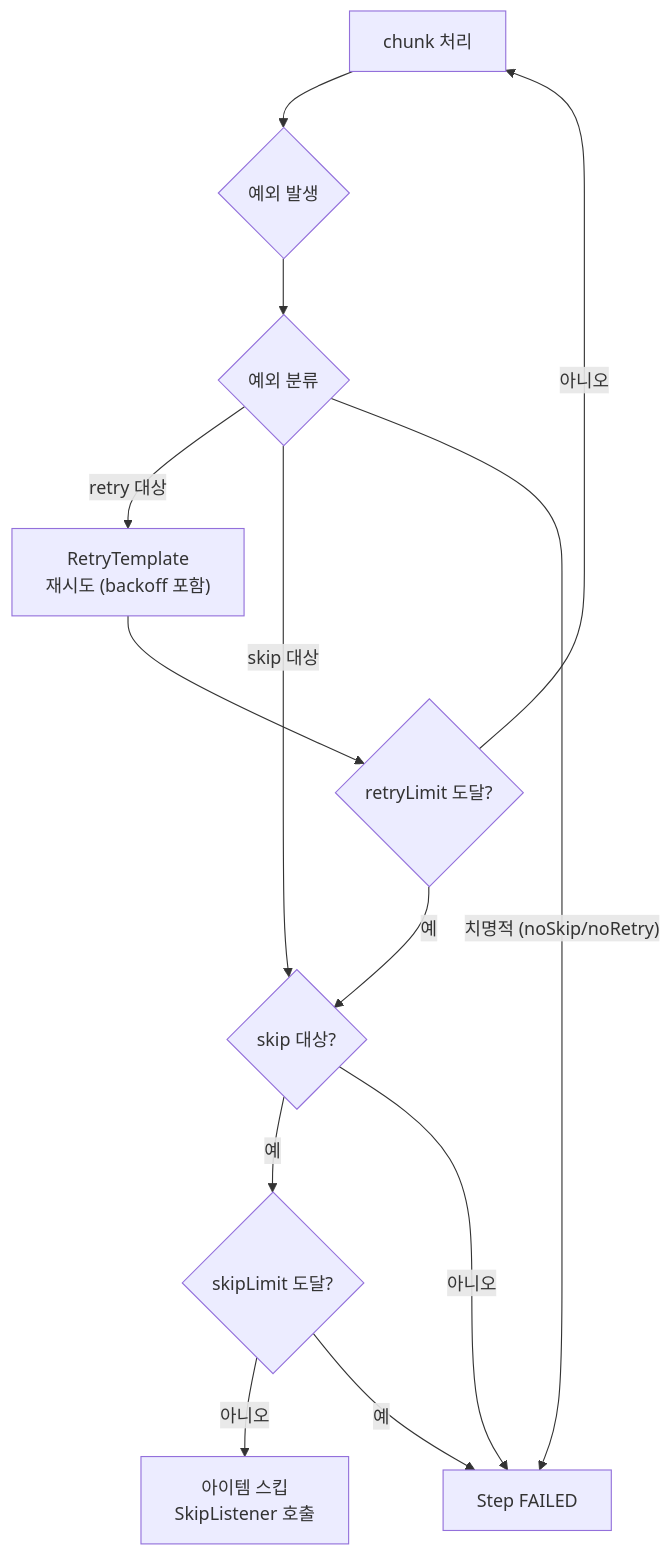
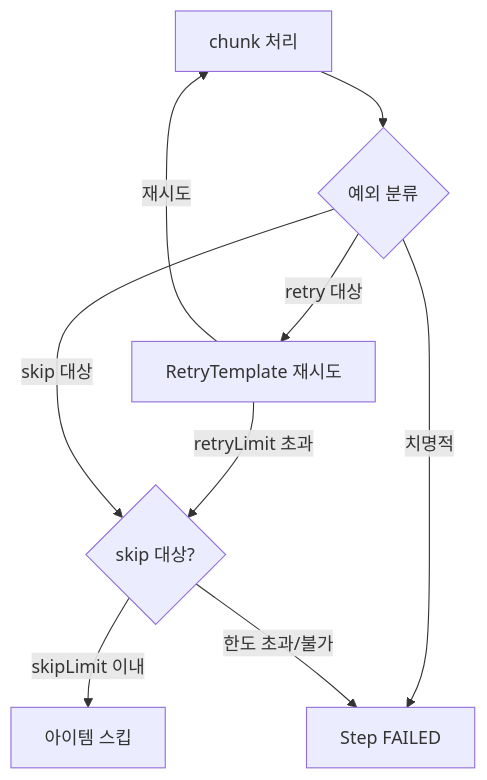
The fifth of 6 diagrams in _posts/batch/2026-05-03-spring-batch-chunk-processing.md (yjkim2015/yjkim2015.github.io), drawn with Mermaid before and after one commit. The commit also changed other lines of this file and 215 other files, not shown here.

First line of the commit message:
신규 포스트 10개 추가 + Mermaid 전면 축소 + SystemDesign 시리즈 보강

````diff
--- a/_posts/batch/2026-05-03-spring-batch-chunk-processing.md
+++ b/_posts/batch/2026-05-03-spring-batch-chunk-processing.md
@@ -367,15 +356,11 @@
 ```mermaid
 flowchart TD
-    A["chunk 처리"] --> B{"예외 발생"}
-    B --> C{"예외 분류"}
-    C -->|"retry 대상"| D["RetryTemplate\n재시도 (backoff 포함)"]
-    D --> E{"retryLimit 도달?"}
-    E -->|"아니오"| A
-    E -->|"예"| F{"skip 대상?"}
+    A["chunk 처리"] --> C{"예외 분류"}
+    C -->|"retry 대상"| D["RetryTemplate 재시도"]
+    D -->|"retryLimit 초과"| F{"skip 대상?"}
+    D -->|"재시도"| A
     C -->|"skip 대상"| F
-    C -->|"치명적 (noSkip/noRetry)"| G["Step FAILED"]
-    F -->|"예"| H{"skipLimit 도달?"}
-    H -->|"아니오"| I["아이템 스킵\nSkipListener 호출"]
-    H -->|"예"| G
-    F -->|"아니오"| G
+    C -->|"치명적"| G["Step FAILED"]
+    F -->|"skipLimit 이내"| I["아이템 스킵"]
+    F -->|"한도 초과/불가"| G
 ```
````
